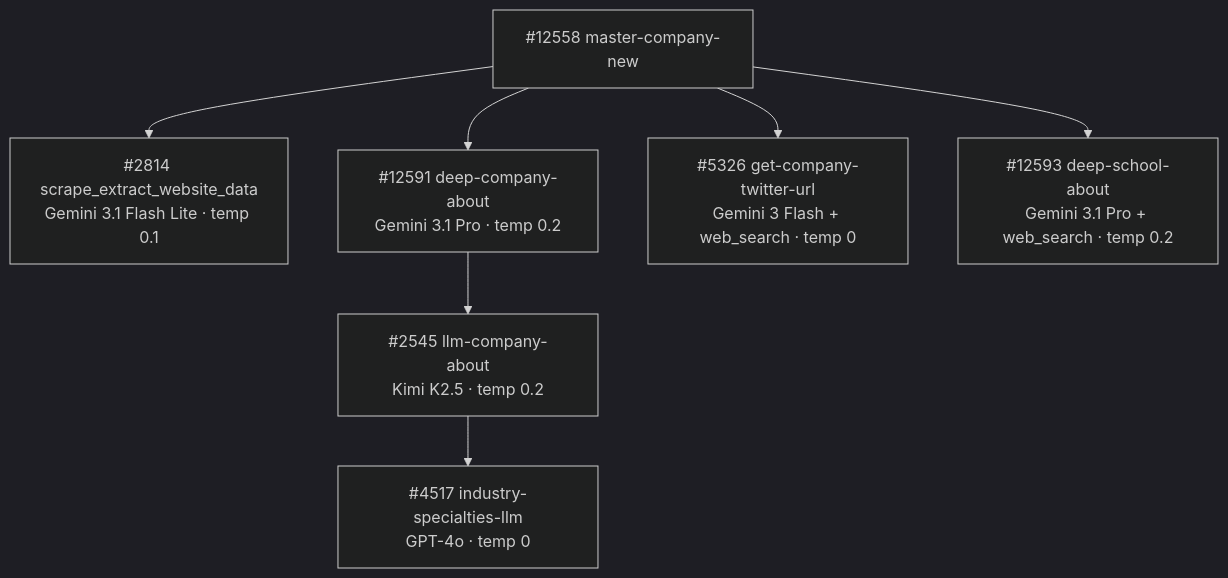
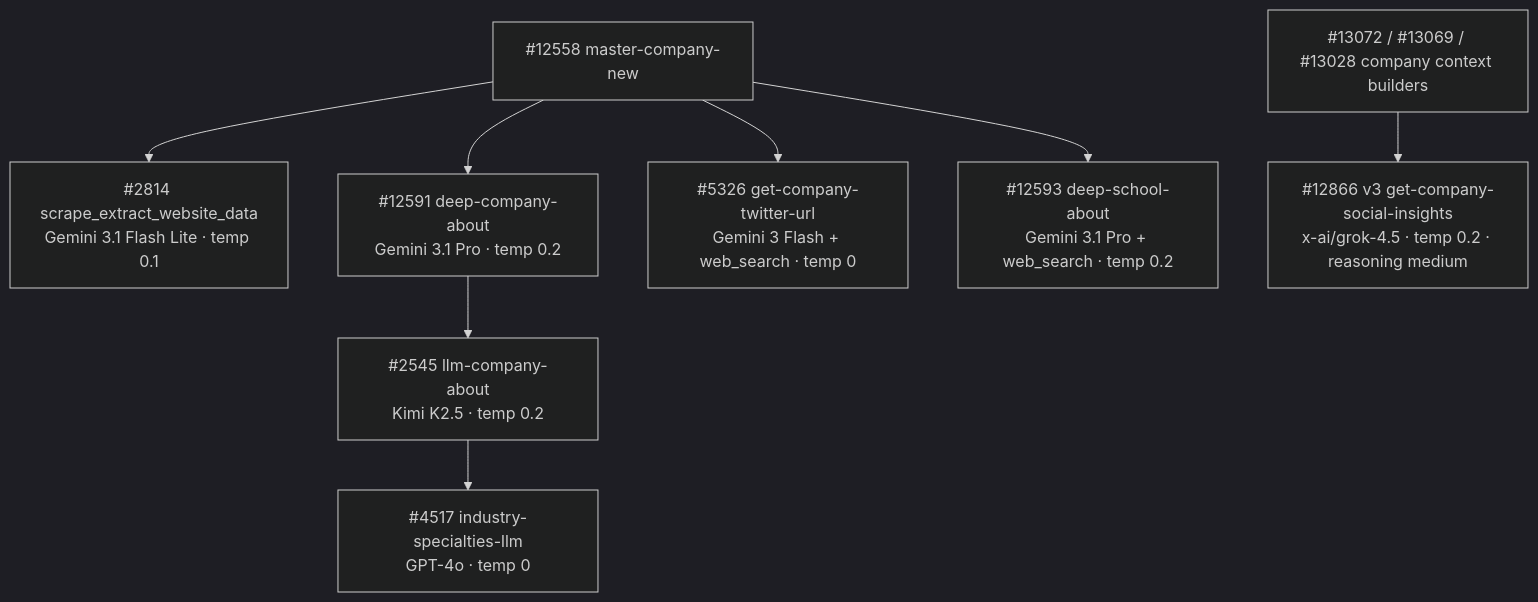
The diagram in guides/enrichment/company-pipeline/model-summary.mdx (M-Pederson/docs), drawn with Mermaid (dark theme) before and after one commit. The commit also changed other lines of this file and 7 other files, not shown here.

````diff
--- a/guides/enrichment/company-pipeline/model-summary.mdx
+++ b/guides/enrichment/company-pipeline/model-summary.mdx
@@ -98,9 +116,10 @@
 ```mermaid
 graph TD
     A["#12558 master-company-new"] --> B["#2814 scrape_extract_website_data<br/>Gemini 3.1 Flash Lite · temp 0.1"]
     A --> C["#12591 deep-company-about<br/>Gemini 3.1 Pro · temp 0.2"]
     A --> D["#5326 get-company-twitter-url<br/>Gemini 3 Flash + web_search · temp 0"]
     A --> F["#12593 deep-school-about<br/>Gemini 3.1 Pro + web_search · temp 0.2"]
     C --> G["#2545 llm-company-about<br/>Kimi K2.5 · temp 0.2"]
     G --> H["#4517 industry-specialties-llm<br/>GPT-4o · temp 0"]
+    J["#13072 / #13069 / #13028 company context builders"] --> K["#12866 v3 get-company-social-insights<br/>x-ai/grok-4.5 · temp 0.2 · reasoning medium"]
 ```
````
